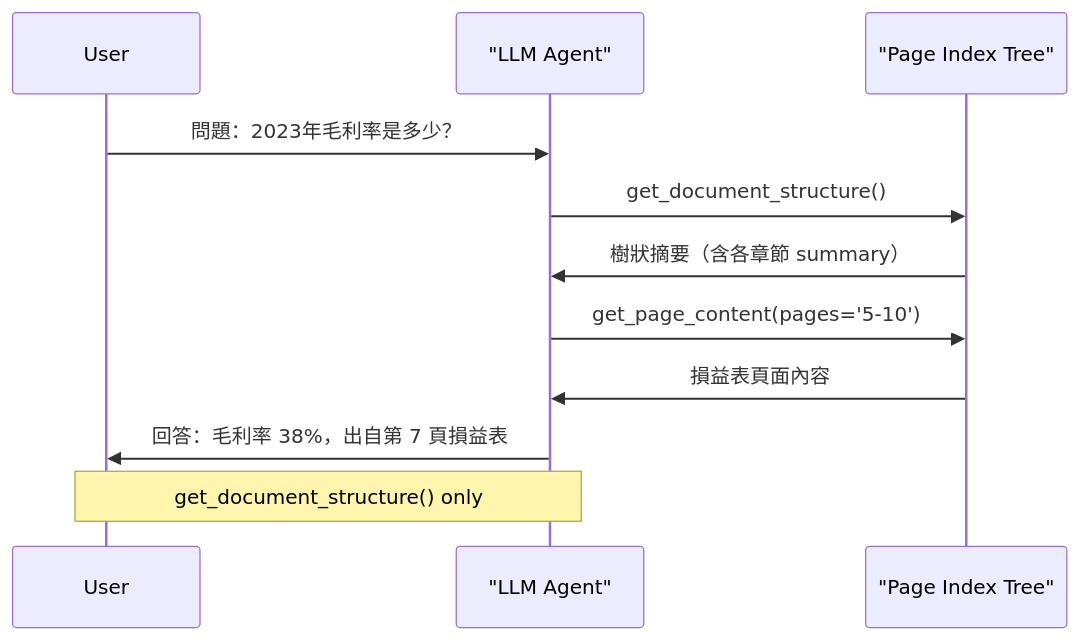
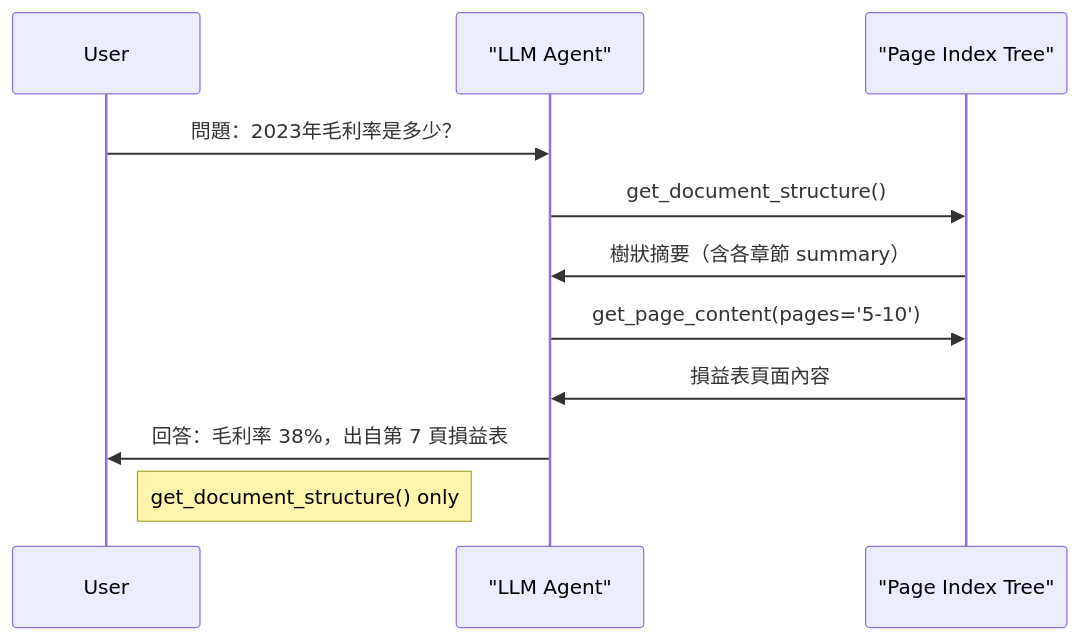
Before and after one commit to a920604a/engineernews: the first of 3 diagrams in src/content/posts/tech/2026-05-12-pageindex-vs-vector-rag.md, drawn with Mermaid. The commit also changed 3 other files, not shown here.

Commit message:
fix: auto-fix mermaid syntax errors in posts

````diff
--- a/src/content/posts/tech/2026-05-12-pageindex-vs-vector-rag.md
+++ b/src/content/posts/tech/2026-05-12-pageindex-vs-vector-rag.md
@@ -60,14 +60,14 @@
 ```mermaid
 sequenceDiagram
   participant User
   participant Agent as "LLM Agent"
   participant Index as "Page Index Tree"
 
   User->>Agent: 問題：2023年毛利率是多少？
   Agent->>Index: get_document_structure()
   Index->>Agent: 樹狀摘要（含各章節 summary）
   Agent->>Index: get_page_content(pages='5-10')
   Index->>Agent: 損益表頁面內容
   Agent->>User: 回答：毛利率 38%，出自第 7 頁損益表
-  Note over User,Agent: get_document_structure() only
+  Note right of User: get_document_structure() only
 ```
````
